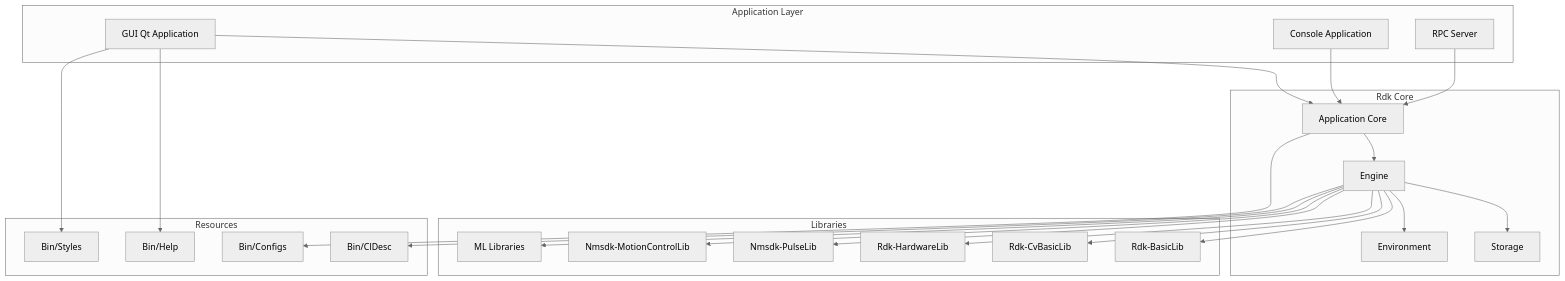
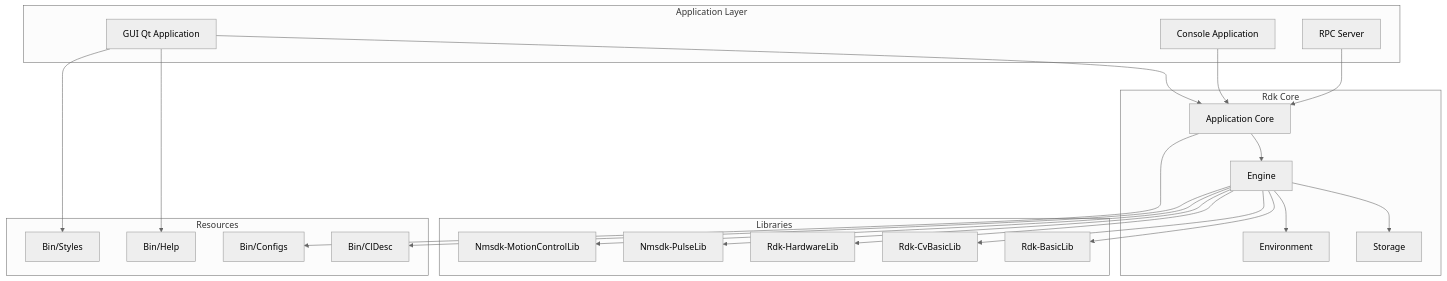
The first of 3 diagrams in Docs/Overview/Architecture-Overview.md (aicommunity/Nmsdk), drawn with Mermaid (neutral theme) before and after one commit. The commit also changed other lines of this file and 35 other files, not shown here.

````diff
--- a/Docs/Overview/Architecture-Overview.md
+++ b/Docs/Overview/Architecture-Overview.md
@@ -9,51 +9,49 @@
 ```mermaid
 flowchart TB
     subgraph "Application Layer"
         GUI[GUI Qt Application]
         Console[Console Application]
         Server[RPC Server]
     end
     
     subgraph "Rdk Core"
         AppCore[Application Core]
         Engine[Engine]
         Storage[Storage]
         Env[Environment]
     end
     
     subgraph "Libraries"
         BasicLib[Rdk-BasicLib]
         CvLib[Rdk-CvBasicLib]
         HardwareLib[Rdk-HardwareLib]
         PulseLib[Nmsdk-PulseLib]
         MotionLib[Nmsdk-MotionControlLib]
-        MLLibs[ML Libraries]
     end
     
     subgraph "Resources"
         Configs[Bin/Configs]
         ClDesc[Bin/ClDesc]
         Help[Bin/Help]
         Styles[Bin/Styles]
     end
     
     GUI --> AppCore
     Console --> AppCore
     Server --> AppCore
     
     AppCore --> Engine
     Engine --> Storage
     Engine --> Env
     
     Engine --> BasicLib
     Engine --> CvLib
     Engine --> HardwareLib
     Engine --> PulseLib
     Engine --> MotionLib
-    Engine --> MLLibs
     
     AppCore --> Configs
     GUI --> Help
     GUI --> Styles
     Engine --> ClDesc
 ```
````
